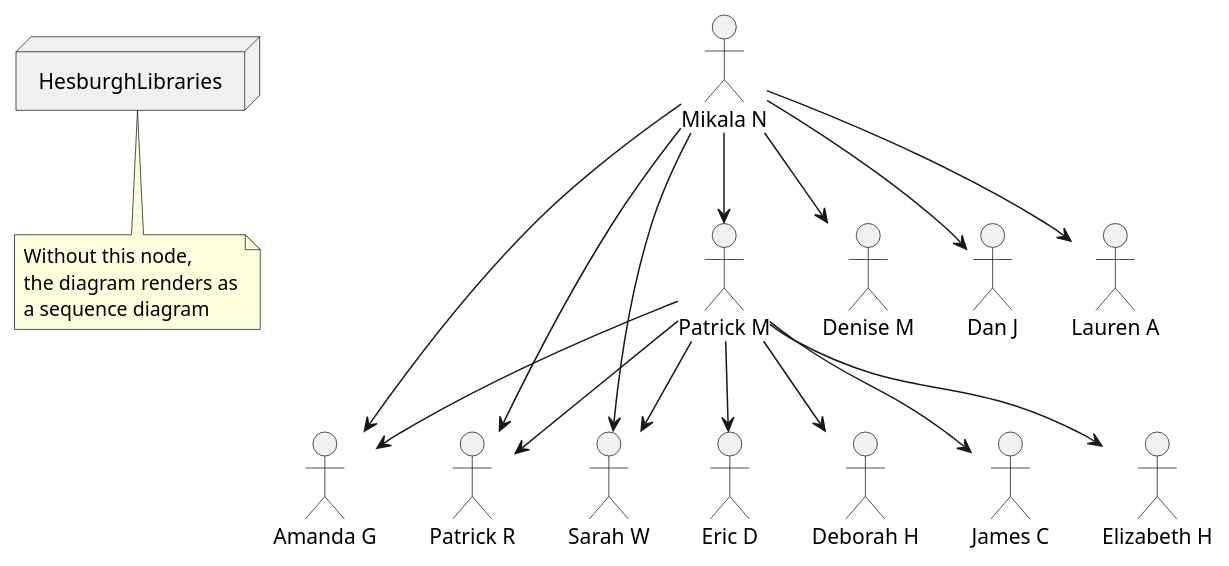
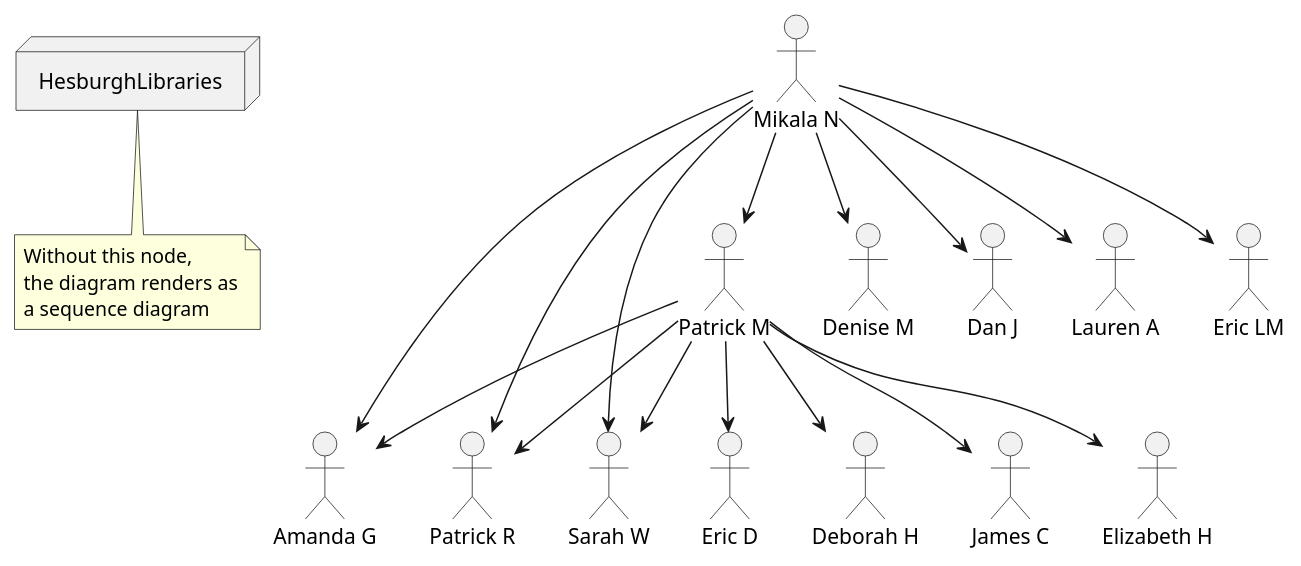
Before and after one commit to ndlib/dam-ecosystem-mapping: the diagram in plantuml/people.puml, drawn with PlantUML.

Commit message:
Adding EricLM

```diff
--- a/plantuml/people.puml
+++ b/plantuml/people.puml
@@ -3,36 +3,38 @@
 @startuml
 node HesburghLibraries
 note bottom of HesburghLibraries
   Without this node,
   the diagram renders as
   a sequence diagram
 end note
 
 actor "Mikala N" as MikalaN
 actor "Patrick M" as PatrickM
 actor "Denise M" as DeniseM
 actor "Amanda G" as AmandaG
 actor "Patrick R" as PatrickR
 actor "Sarah W" as SarahW
 actor "Dan J" as DanJ
 actor "Lauren A" as LaurenA
 actor "Elizabeth H" as ElizabethH
 actor "Eric D" as EricD
 actor "Deborah H" as DeborahH
 actor "James C" as JamesC
+actor "Eric LM" as EricLM
 
 MikalaN --> PatrickM
 MikalaN --> DeniseM
 MikalaN --> AmandaG
 MikalaN --> PatrickR
 MikalaN --> SarahW
 MikalaN --> DanJ
 MikalaN --> LaurenA
 PatrickM --> ElizabethH
 PatrickM --> EricD
 PatrickM --> SarahW
 PatrickM --> AmandaG
 PatrickM --> PatrickR
 PatrickM --> DeborahH
 PatrickM --> JamesC
+MikalaN --> EricLM
 @enduml
```
